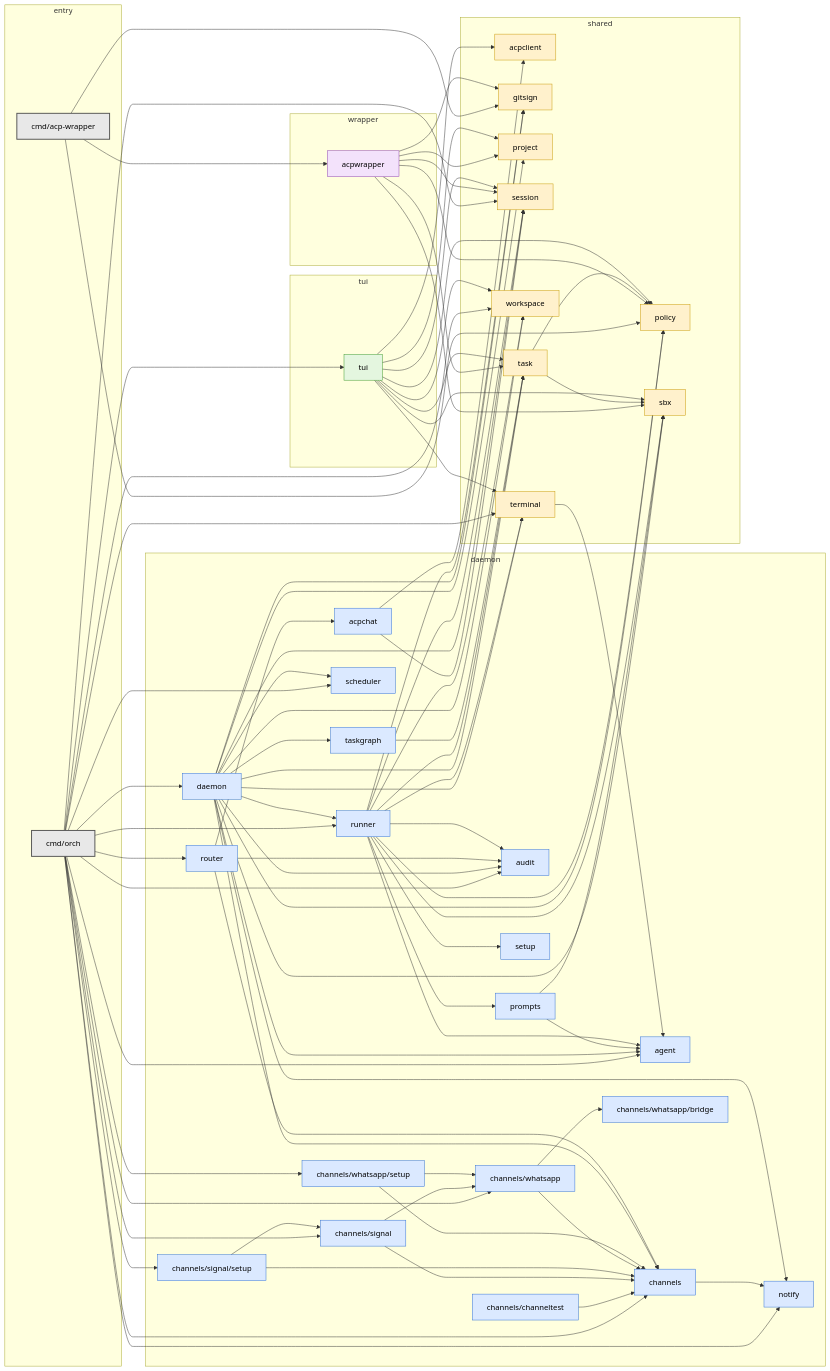
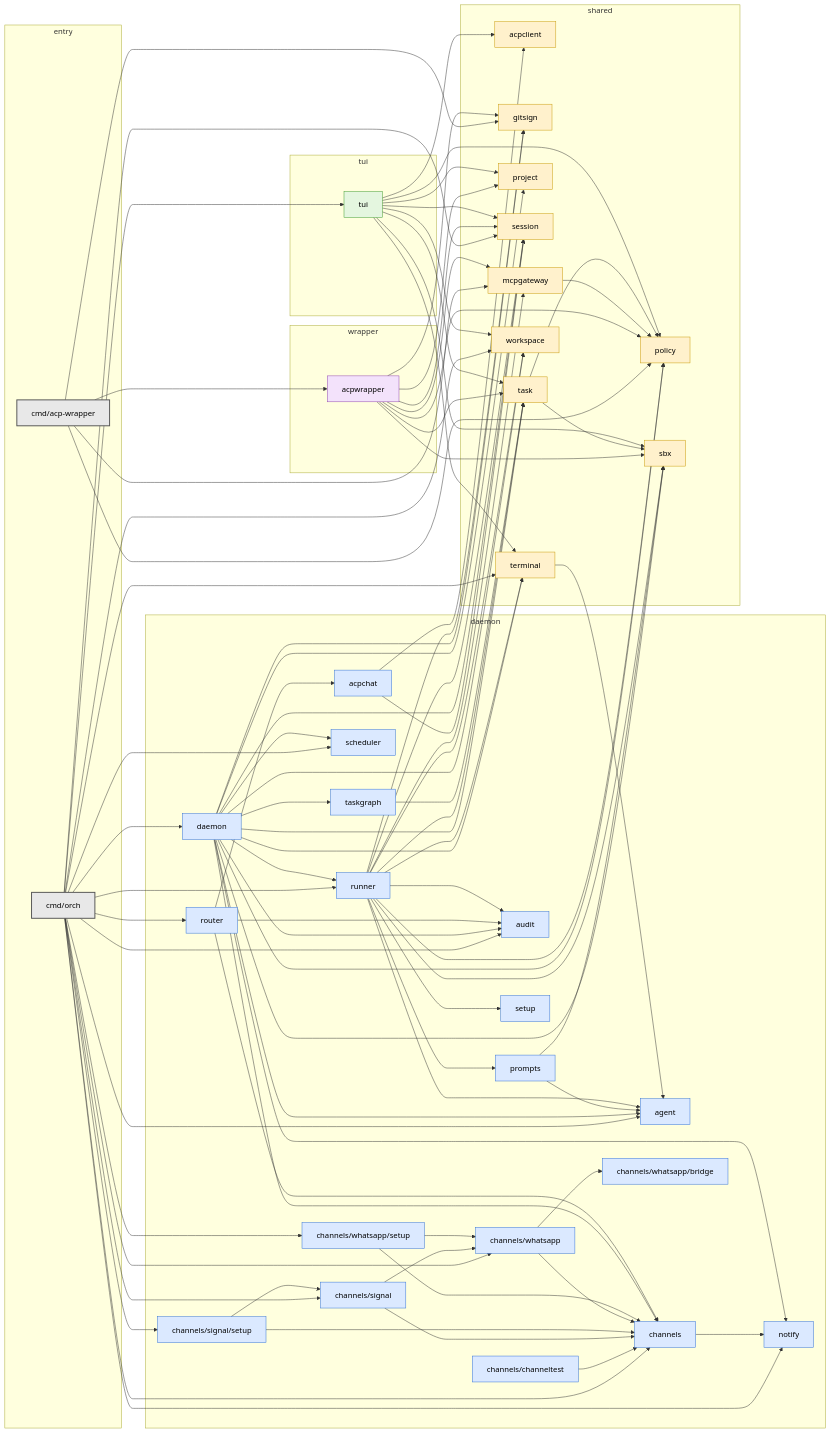
Before and after one commit to slimslenderslacks/workingman: the diagram in docs/packages.md, drawn with Mermaid. The commit also changed other lines of this file and 21 other files, not shown here.

````diff
--- a/docs/packages.md
+++ b/docs/packages.md
@@ -83,6 +84,7 @@
   subgraph grp_shared["shared"]
     internal_acpclient["acpclient"]
     internal_gitsign["gitsign"]
+    internal_mcpgateway["mcpgateway"]
     internal_policy["policy"]
     internal_project["project"]
     internal_sbx["sbx"]
@@ -97,6 +99,7 @@
 
   cmd_acp_wrapper --> internal_acpwrapper
   cmd_acp_wrapper --> internal_gitsign
+  cmd_acp_wrapper --> internal_mcpgateway
   cmd_acp_wrapper --> internal_policy
   cmd_orch --> internal_agent
   cmd_orch --> internal_audit
@@ -117,6 +120,7 @@
   internal_acpchat --> internal_acpclient
   internal_acpchat --> internal_session
   internal_acpwrapper --> internal_gitsign
+  internal_acpwrapper --> internal_mcpgateway
   internal_acpwrapper --> internal_policy
   internal_acpwrapper --> internal_project
   internal_acpwrapper --> internal_sbx
@@ -147,6 +151,7 @@
   internal_daemon --> internal_taskgraph
   internal_daemon --> internal_terminal
   internal_daemon --> internal_workspace
+  internal_mcpgateway --> internal_policy
   internal_prompts --> internal_agent
   internal_prompts --> internal_sbx
   internal_router --> internal_acpchat
@@ -155,6 +160,7 @@
   internal_runner --> internal_agent
   internal_runner --> internal_audit
   internal_runner --> internal_gitsign
+  internal_runner --> internal_mcpgateway
   internal_runner --> internal_policy
   internal_runner --> internal_prompts
   internal_runner --> internal_sbx
@@ -183,7 +189,7 @@
   classDef tui fill:#e4f6df,stroke:#3c9a2c,color:#000
   class internal_tui tui
   classDef shared fill:#fff1cc,stroke:#c99a06,color:#000
-  class internal_acpclient,internal_gitsign,internal_policy,internal_project,internal_sbx,internal_session,internal_task,internal_terminal,internal_workspace shared
+  class internal_acpclient,internal_gitsign,internal_mcpgateway,internal_policy,internal_project,internal_sbx,internal_session,internal_task,internal_terminal,internal_workspace shared
   classDef wrapper fill:#f3e2fb,stroke:#8e44ad,color:#000
   class internal_acpwrapper wrapper
 ```
````
